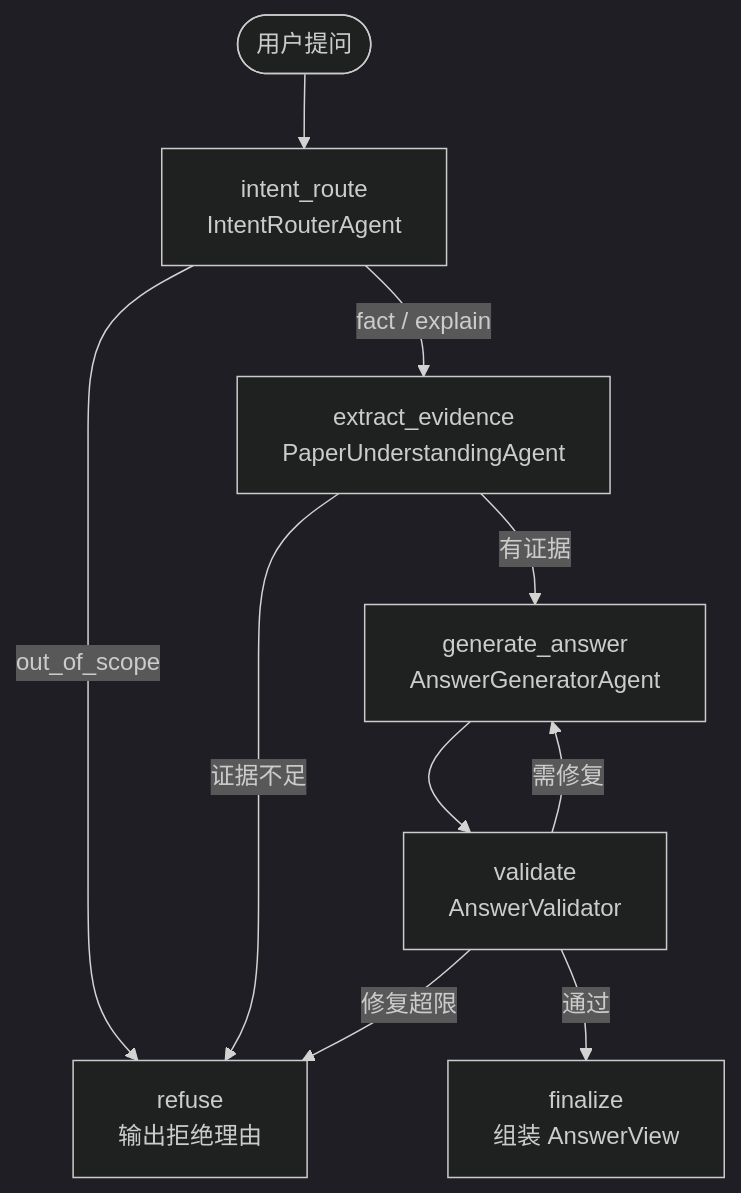
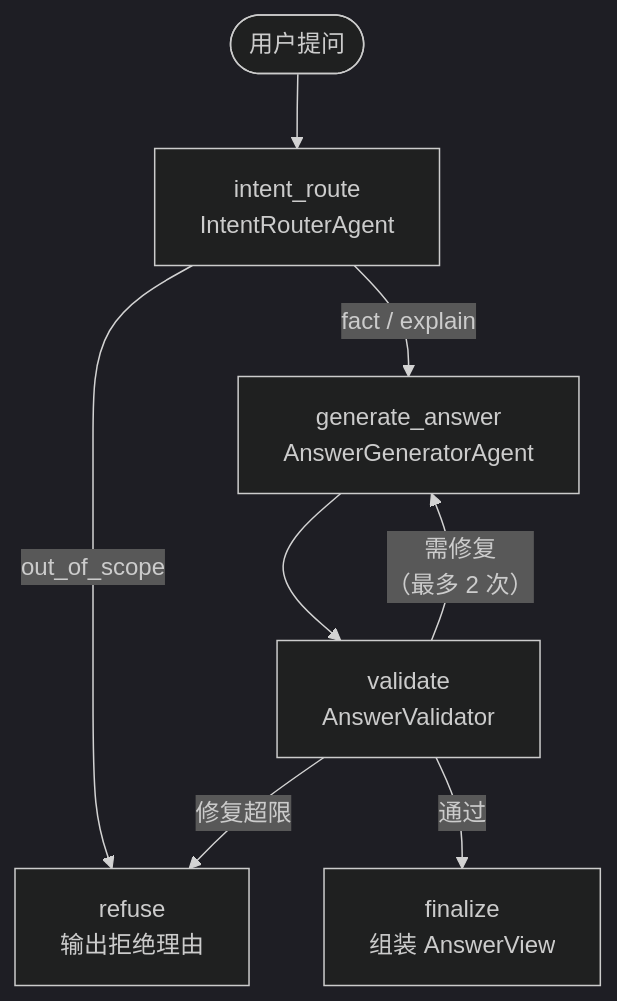
Before and after one commit to szy2334/ragflow-course-project: the second of 4 diagrams in 论文问答多智能体架构改进方案_V1.0.md, drawn with Mermaid (dark theme). The commit also changed other lines of this file, not shown here.

````diff
--- a/论文问答多智能体架构改进方案_V1.0.md
+++ b/论文问答多智能体架构改进方案_V1.0.md
@@ -74,12 +83,10 @@
 ```mermaid
 flowchart TD
     S([用户提问]) --> ROUTE["intent_route\nIntentRouterAgent"]
     ROUTE -->|"out_of_scope"| REFUSE["refuse\n输出拒绝理由"]
-    ROUTE -->|"fact / explain"| EXTRACT["extract_evidence\nPaperUnderstandingAgent"]
-    EXTRACT -->|"证据不足"| REFUSE
-    EXTRACT -->|"有证据"| GENERATE["generate_answer\nAnswerGeneratorAgent"]
+    ROUTE -->|"fact / explain"| GENERATE["generate_answer\nAnswerGeneratorAgent"]
     GENERATE --> VALIDATE["validate\nAnswerValidator"]
     VALIDATE -->|"通过"| FINAL["finalize\n组装 AnswerView"]
-    VALIDATE -->|"需修复"| GENERATE
+    VALIDATE -->|"需修复\n（最多 2 次）"| GENERATE
     VALIDATE -->|"修复超限"| REFUSE
 ```
````
